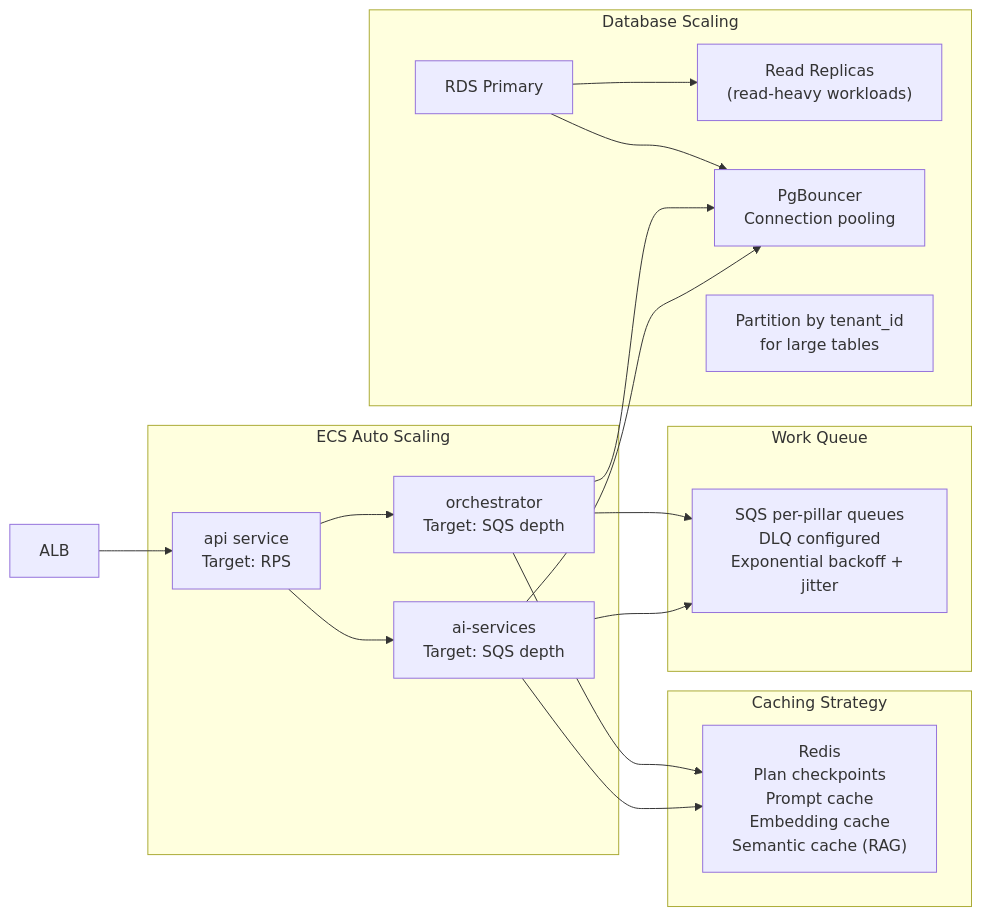
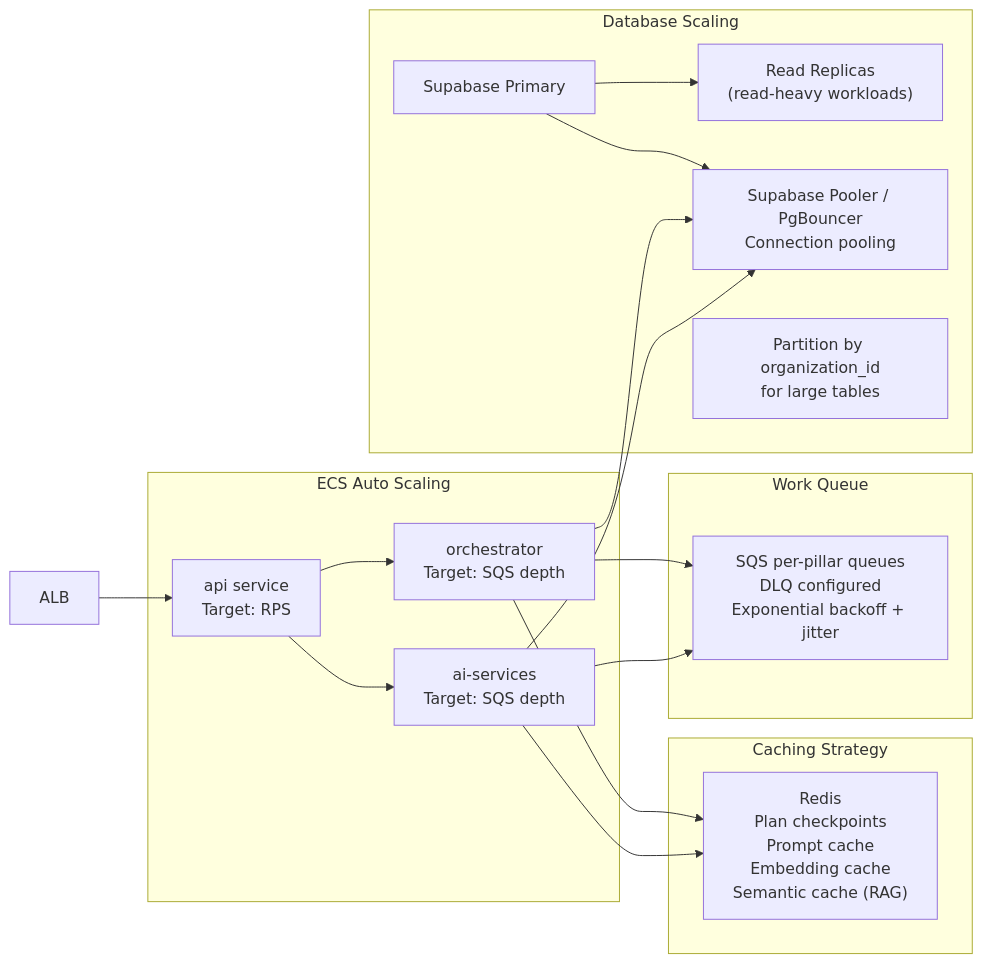
One commit to kaushraj1/AutoFounder changed diagram 18 of 18 in docs/architecture/HLD.md. Above: the diagram before and after it, drawn with Mermaid. The commit also changed other lines of this file and 9 other files, not shown here.

First line of the commit message:
refactor(docs): migrate docs/architecture to the canonical stack

````diff
--- a/docs/architecture/HLD.md
+++ b/docs/architecture/HLD.md
@@ -788,30 +787,30 @@
 ```mermaid
 graph LR
     subgraph Compute["ECS Auto Scaling"]
         API_ASG["api service\nTarget: RPS"]
         AI_ASG["ai-services\nTarget: SQS depth"]
         ORCH_ASG["orchestrator\nTarget: SQS depth"]
     end
 
     subgraph DB["Database Scaling"]
-        PG_PRIMARY["RDS Primary"]
+        PG_PRIMARY["Supabase Primary"]
         PG_RR["Read Replicas\n(read-heavy workloads)"]
-        PGBOUNCER["PgBouncer\nConnection pooling"]
-        PG_PART["Partition by tenant_id\nfor large tables"]
+        PGBOUNCER["Supabase Pooler / PgBouncer\nConnection pooling"]
+        PG_PART["Partition by organization_id\nfor large tables"]
         PG_PRIMARY --> PG_RR
         PG_PRIMARY --> PGBOUNCER
     end
 
     subgraph Cache["Caching Strategy"]
         REDIS2["Redis\nPlan checkpoints\nPrompt cache\nEmbedding cache\nSemantic cache (RAG)"]
     end
 
     subgraph Queue["Work Queue"]
         SQS2["SQS per-pillar queues\nDLQ configured\nExponential backoff + jitter"]
     end
 
     ALB3[ALB] --> API_ASG
     API_ASG --> ORCH_ASG & AI_ASG
     ORCH_ASG & AI_ASG --> PGBOUNCER & REDIS2
     ORCH_ASG & AI_ASG --> SQS2
 ```
````
